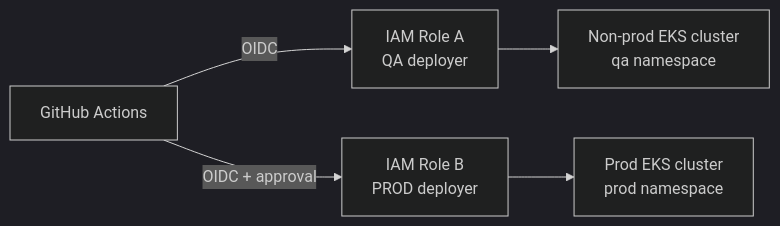
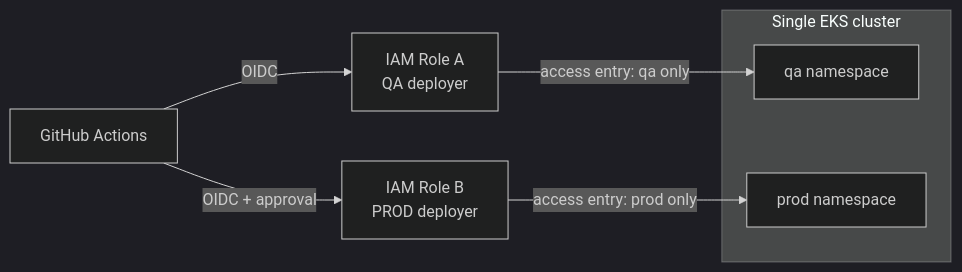
Before and after one commit to meetbrij/prod-grade-e2e-devsecops-pipeline: the seventh of 7 diagrams in README.md, drawn with Mermaid (dark theme). The commit also changed other lines of this file and 1 other file, not shown here.

Commit message:
revert docs

````diff
--- a/README.md
+++ b/README.md
@@ -228,7 +228,11 @@
 ```mermaid
 flowchart LR
     GH[GitHub Actions] -->|OIDC| RA[IAM Role A<br/>QA deployer]
     GH -->|OIDC + approval| RB[IAM Role B<br/>PROD deployer]
-    RA --> NP[Non-prod EKS cluster<br/>qa namespace]
-    RB --> PC[Prod EKS cluster<br/>prod namespace]
+    subgraph EKS[Single EKS cluster]
+        NQ[qa namespace]
+        NP[prod namespace]
+    end
+    RA -->|access entry: qa only| NQ
+    RB -->|access entry: prod only| NP
 ```
````
